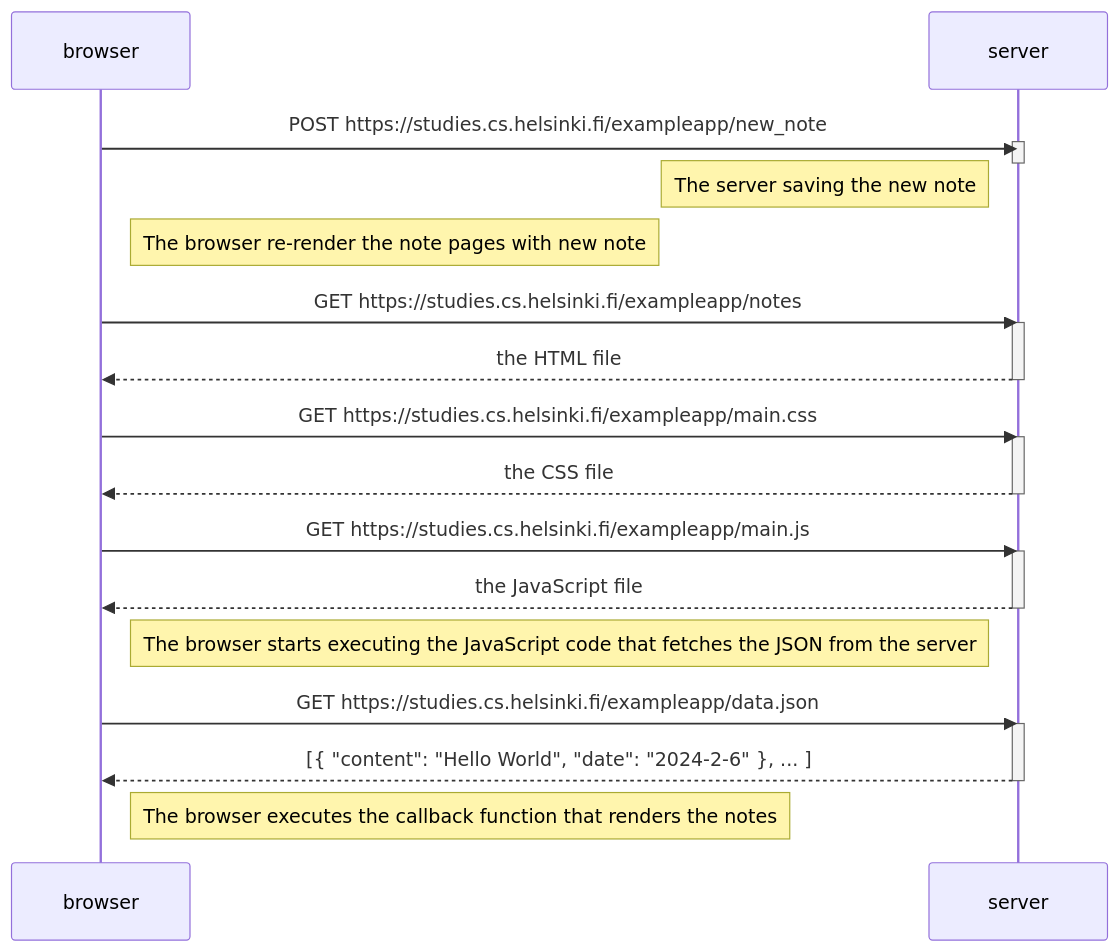
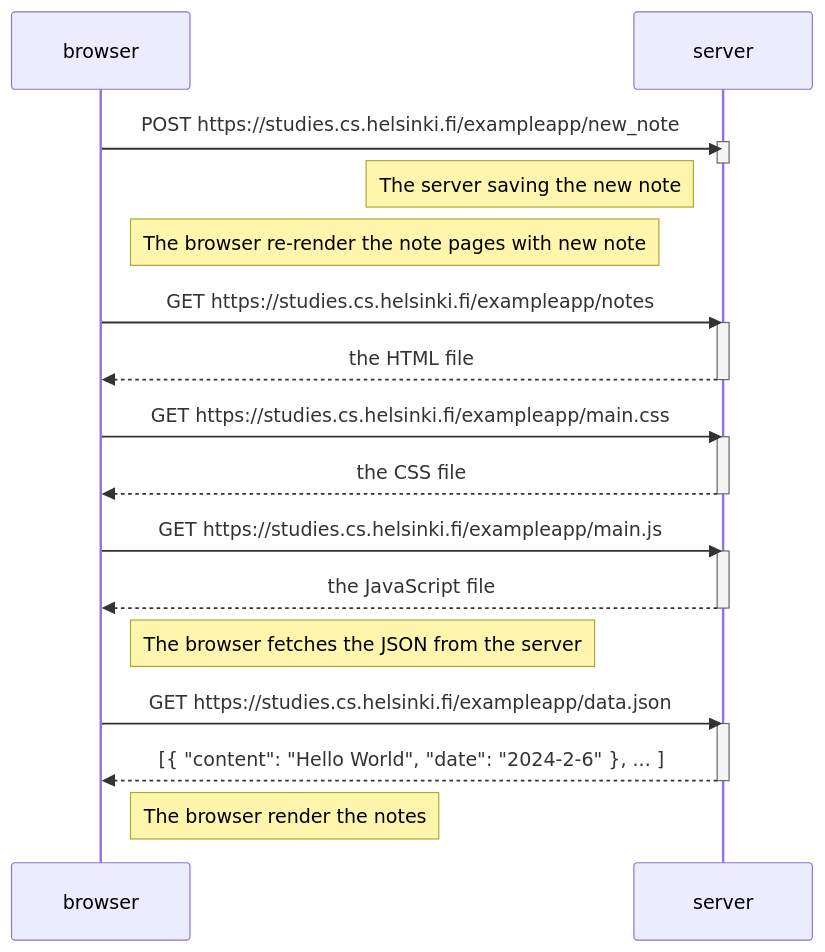
One commit to achmad-syidiq/fullstackopen2024 changed the diagram in part0/0.4.md. Above: the diagram before and after it, drawn with Mermaid.

Commit message:
Answering the Exercise 0.4

````diff
--- a/part0/0.4.md
+++ b/part0/0.4.md
@@ -3,39 +3,39 @@
 ```mermaid
     sequenceDiagram
 
             participant browser
             participant server
 
             browser->>server : POST https://studies.cs.helsinki.fi/exampleapp/new_note
             activate server
             deactivate server
             
             Note left of server: The server saving the new note
 
             Note right of browser: The browser re-render the note pages with new note
 
             
             browser->>server: GET https://studies.cs.helsinki.fi/exampleapp/notes
             activate server
             server-->>browser: the HTML file 
             deactivate server
 
             browser->>server: GET https://studies.cs.helsinki.fi/exampleapp/main.css
             activate server
             server-->>browser: the CSS file
             deactivate server
 
             browser->>server: GET https://studies.cs.helsinki.fi/exampleapp/main.js
             activate server
             server-->>browser: the JavaScript file
             deactivate server
 
-            Note right of browser: The browser starts executing the JavaScript code that fetches the JSON from the server
+            Note right of browser: The browser fetches the JSON from the server
 
             browser->>server: GET https://studies.cs.helsinki.fi/exampleapp/data.json
             activate server
             server-->>browser: [{ "content": "Hello World", "date": "2024-2-6" }, ... ]
             deactivate server
 
-            Note right of browser: The browser executes the callback function that renders the notes
+            Note right of browser: The browser render the notes
 ```
````
